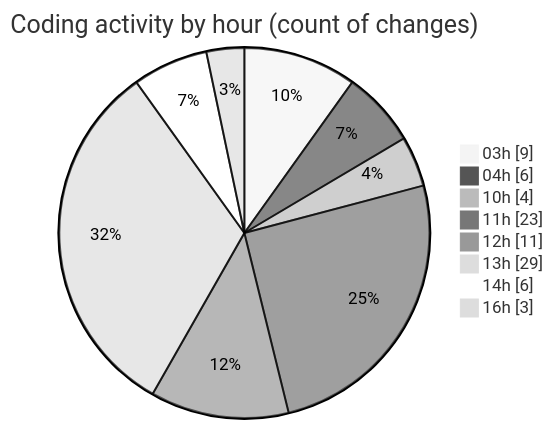
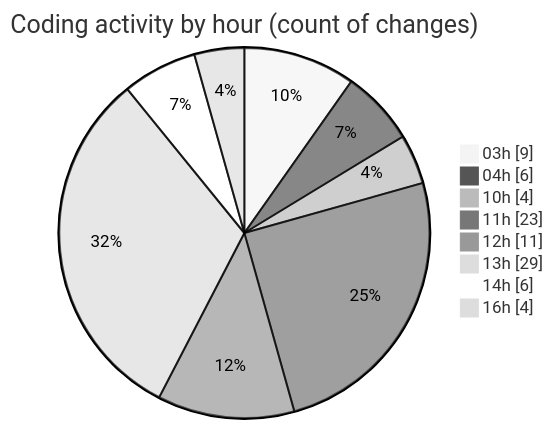
One commit to julien-gomy/code-tracking changed the second of 2 diagrams in 2025-10-30/eventscop-frontend-guide__workspace_/README.md. Above: the diagram before and after it, drawn with Mermaid (neutral theme). The commit also changed other lines of this file and 1 other file, not shown here.

````diff
--- a/2025-10-30/eventscop-frontend-guide__workspace_/README.md
+++ b/2025-10-30/eventscop-frontend-guide__workspace_/README.md
@@ -44,12 +45,12 @@
 ```mermaid
 pie showData
 title Coding activity by hour (count of changes)
 "03h" : 9
 "04h" : 6
 "10h" : 4
 "11h" : 23
 "12h" : 11
 "13h" : 29
 "14h" : 6
-"16h" : 3
+"16h" : 4
 ```
````
